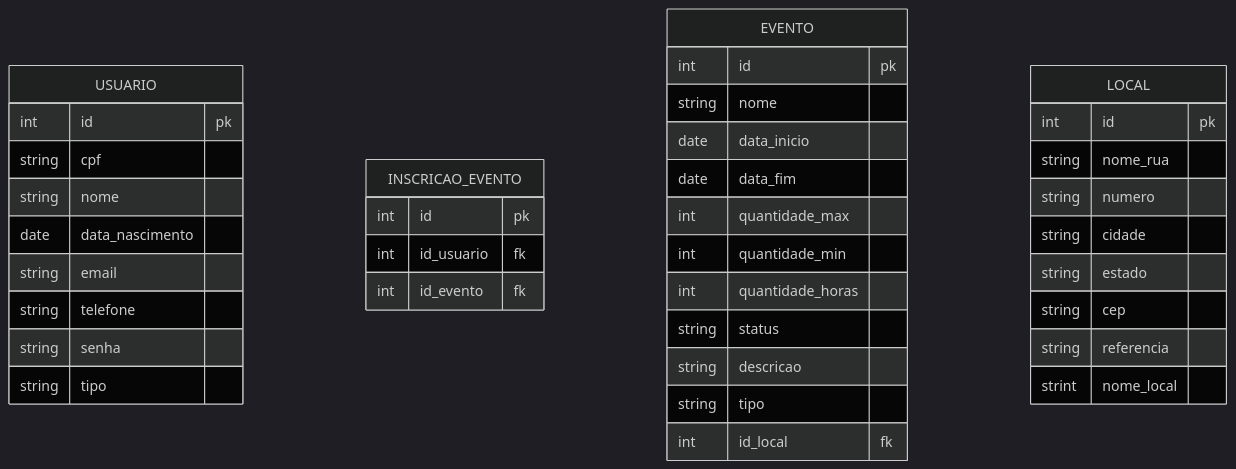
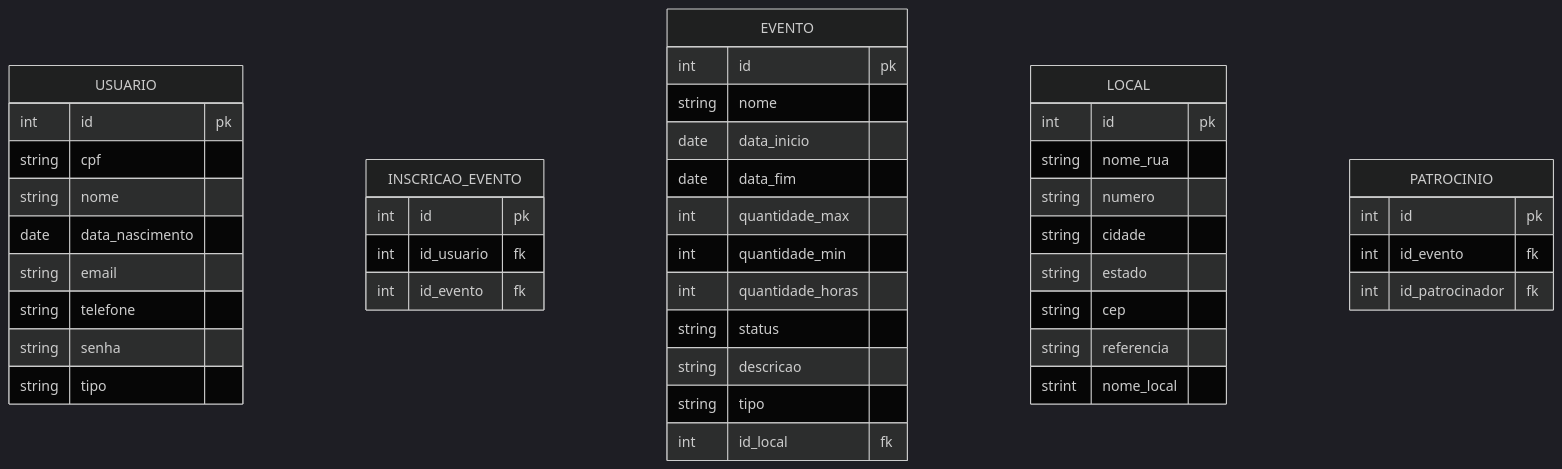
One commit to tallysdev/eventSync changed the diagram in docs/doc-visao.md. Above: the diagram before and after it, drawn with Mermaid (dark theme).

Commit message:
docs: add "PATROCINIO" no modelo ER #32

````diff
--- a/docs/doc-visao.md
+++ b/docs/doc-visao.md
@@ -115,46 +115,51 @@
 ```mermaid
 erDiagram
     USUARIO {
         int id pk
         string cpf
         string nome
         date data_nascimento
         string email
         string telefone
         string senha
         string tipo
     }
 
     INSCRICAO_EVENTO {
         int id pk
         int id_usuario fk
         int id_evento fk
     }
 
     EVENTO {
         int id pk
         string nome
         date data_inicio
         date data_fim
         int quantidade_max
         int quantidade_min
         int quantidade_horas
         string status
         string descricao
         string tipo
         int id_local fk
     }
 
     LOCAL {
         int id pk
         string nome_rua
         string numero
         string cidade
         string estado
         string cep
         string referencia
         strint nome_local
+    }
 
+    PATROCINIO {
+        int id pk
+        int id_evento fk
+        int id_patrocinador fk
     }
 
 ```
````
